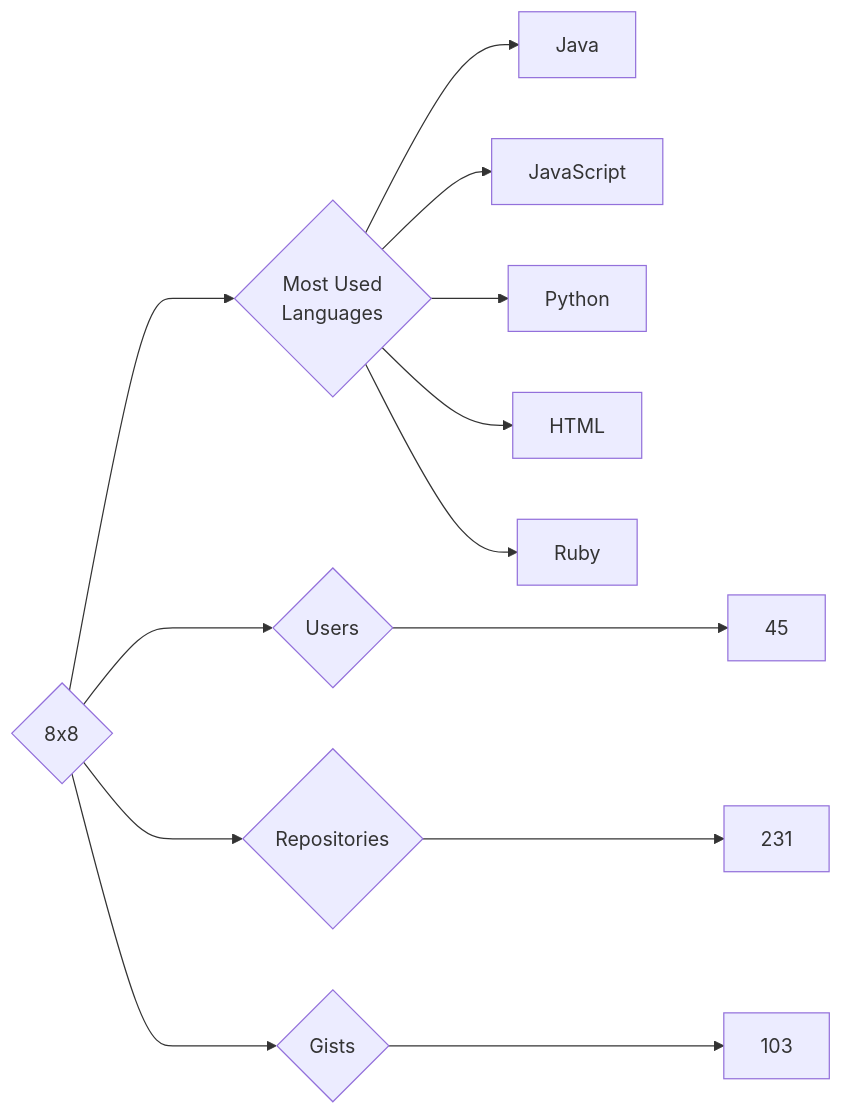
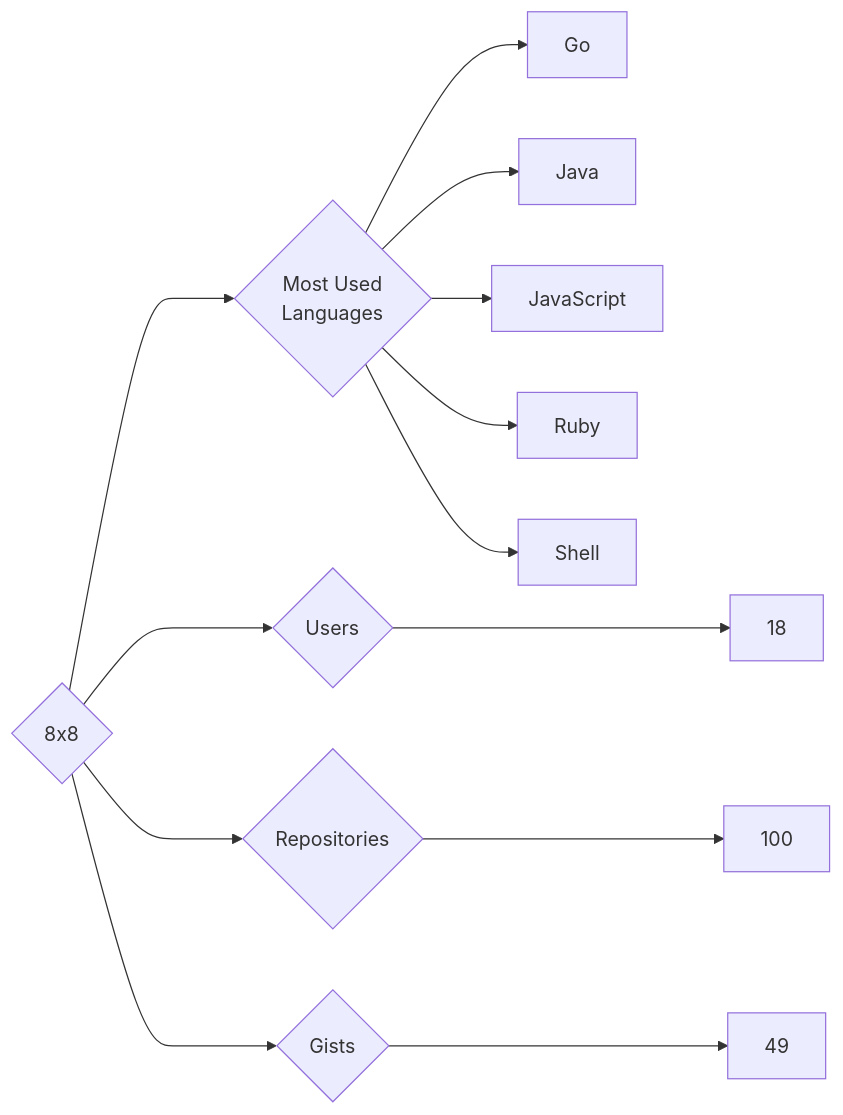
Before and after one commit to trickest/insiders: the diagram in targets/8x8/README.md, drawn with Mermaid. The commit also changed 914 other files, not shown here.

````diff
--- a/targets/8x8/README.md
+++ b/targets/8x8/README.md
@@ -3,13 +3,13 @@
 ```mermaid
 graph LR
 COMPANY_NAME{8x8}
-COMPANY_NAME ---> U{Users} ---> UN[45]
-COMPANY_NAME ---> R{Repositories} ---> RN[231]
-COMPANY_NAME ---> G{Gists} ---> GN[103]
+COMPANY_NAME ---> U{Users} ---> UN[18]
+COMPANY_NAME ---> R{Repositories} ---> RN[100]
+COMPANY_NAME ---> G{Gists} ---> GN[49]
 COMPANY_NAME ---> ML{Most Used<br>Languages}
+ML --> Go[Go]
 ML --> Java[Java]
 ML --> JavaScript[JavaScript]
-ML --> Python[Python]
-ML --> HTML[HTML]
 ML --> Ruby[Ruby]
+ML --> Shell[Shell]
 ```
````
